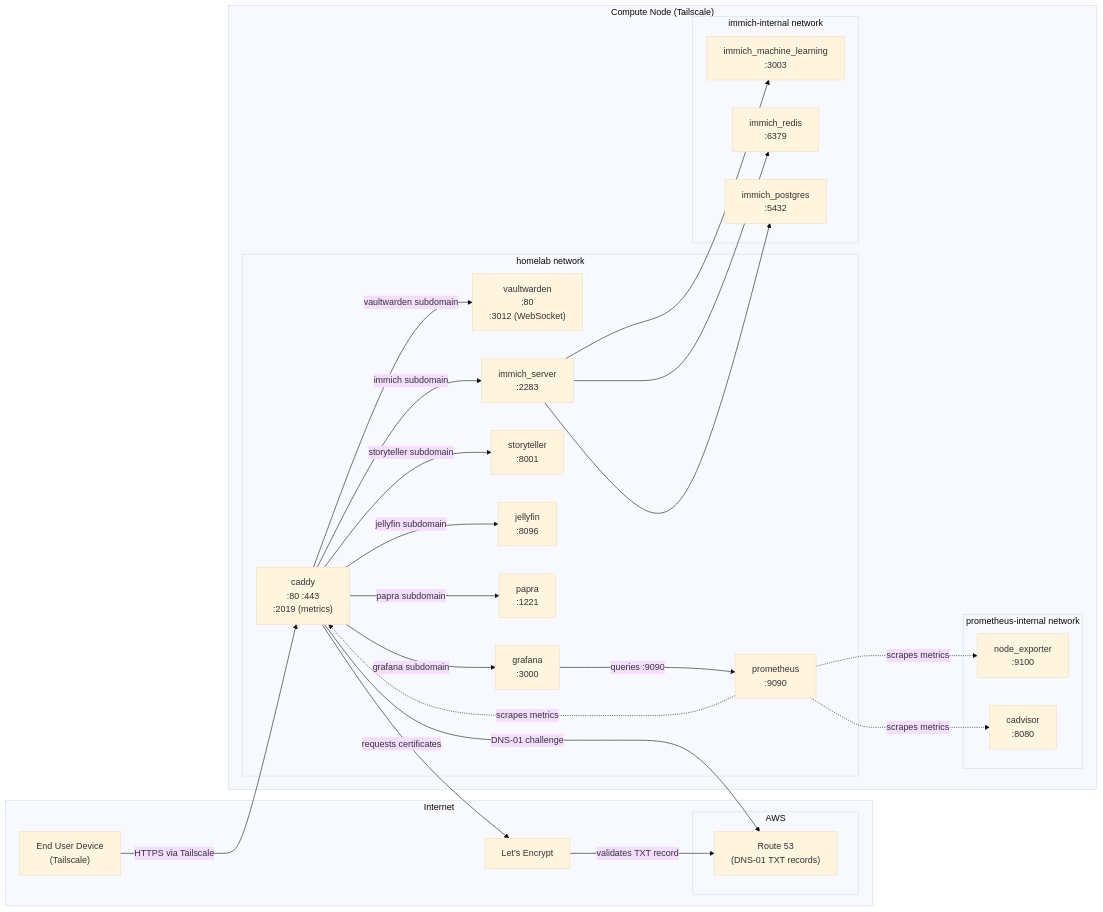
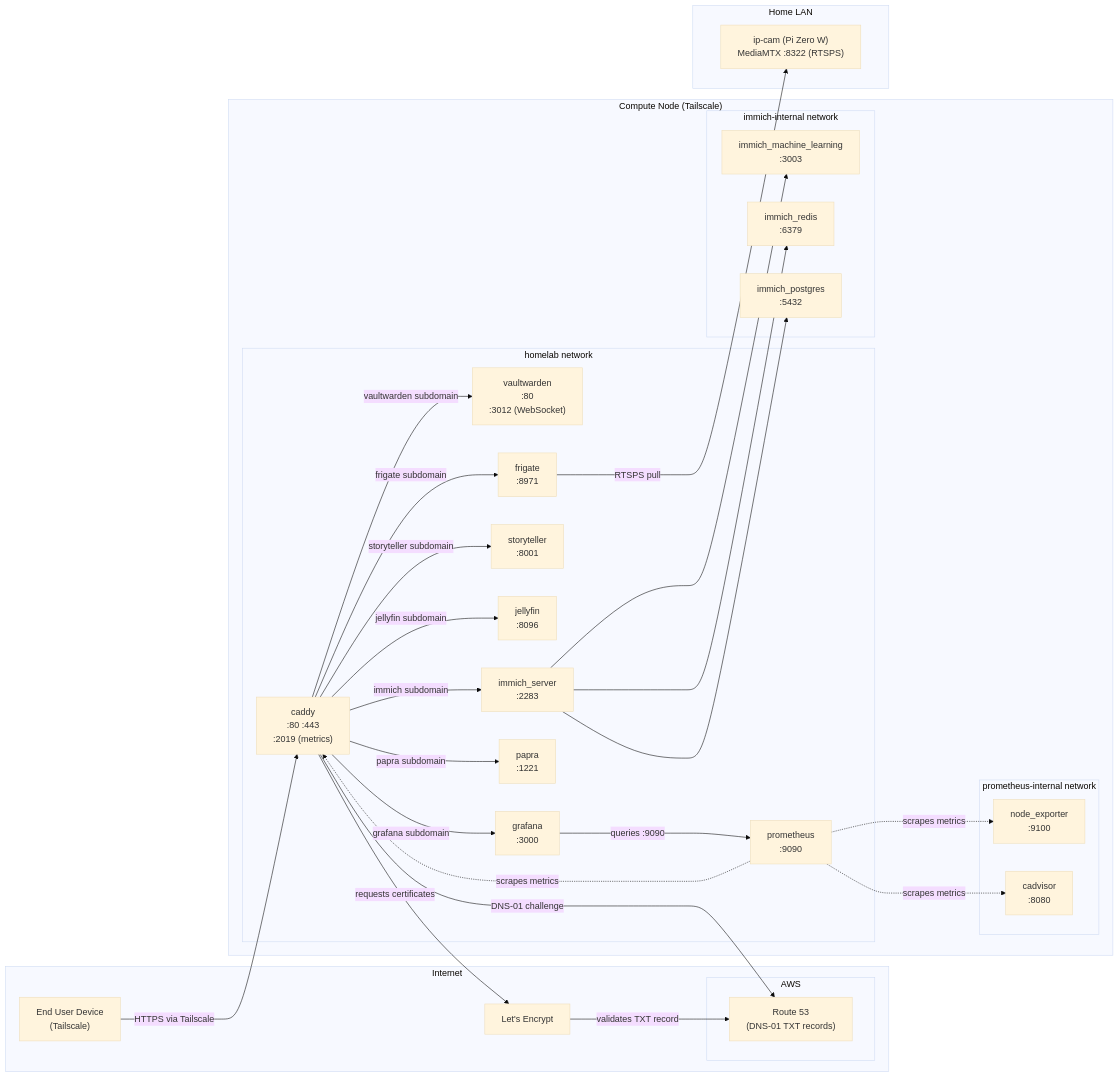
Before and after one commit to karlmanait/homelab: the diagram in services/README.md, drawn with Mermaid (base theme). The commit also changed 8 other files, not shown here.

````diff
--- a/services/README.md
+++ b/services/README.md
@@ -3,56 +3,63 @@
 ```mermaid
 flowchart LR
     subgraph internet["Internet"]
         user["End User Device<br/>(Tailscale)"]
         lets_encrypt["Let's Encrypt"]
 
         subgraph aws["AWS"]
             r53["Route 53<br/>(DNS-01 TXT records)"]
         end
     end
 
     subgraph compute_node["Compute Node (Tailscale)"]
         subgraph homelab_net["homelab network"]
             caddy["caddy<br/>:80 :443<br/>:2019 (metrics)"]
             vaultwarden["vaultwarden<br/>:80<br/>:3012 (WebSocket)"]
             immich["immich_server<br/>:2283"]
             storyteller["storyteller<br/>:8001"]
             jellyfin["jellyfin<br/>:8096"]
+            frigate["frigate<br/>:8971"]
             papra["papra<br/>:1221"]
             grafana["grafana<br/>:3000"]
             prometheus["prometheus<br/>:9090"]
         end
 
         subgraph immich_internal["immich-internal network"]
             immich_ml["immich_machine_learning<br/>:3003"]
             immich_redis["immich_redis<br/>:6379"]
             immich_pg["immich_postgres<br/>:5432"]
         end
         immich --> immich_ml
         immich --> immich_redis
         immich --> immich_pg
 
         subgraph prom_internal["prometheus-internal network"]
             node_exporter["node_exporter<br/>:9100"]
             cadvisor["cadvisor<br/>:8080"]
         end
         prometheus -.->|"scrapes metrics"| node_exporter
         prometheus -.->|"scrapes metrics"| cadvisor
     end
 
+    subgraph home_lan["Home LAN"]
+        ip_cam["ip-cam (Pi Zero W)<br/>MediaMTX :8322 (RTSPS)"]
+    end
+    frigate -->|"RTSPS pull"| ip_cam
+
     user -->|"HTTPS via Tailscale"| caddy
 
     caddy -->|"vaultwarden subdomain"| vaultwarden
     caddy -->|"immich subdomain"| immich
     caddy -->|"storyteller subdomain"| storyteller
     caddy -->|"jellyfin subdomain"| jellyfin
     caddy -->|"papra subdomain"| papra
     caddy -->|"grafana subdomain"| grafana
+    caddy -->|"frigate subdomain"| frigate
 
     prometheus -.->|"scrapes metrics"| caddy
     grafana -->|"queries :9090"| prometheus
 
     caddy -->|"DNS-01 challenge"| r53
     lets_encrypt -->|"validates TXT record"| r53
     caddy -->|"requests certificates"| lets_encrypt
 ```
````
